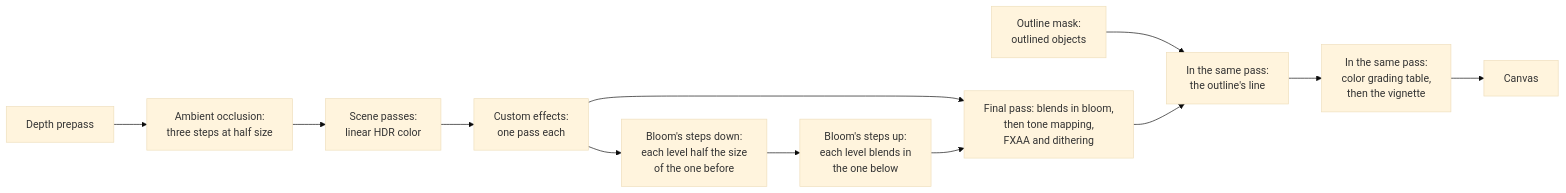
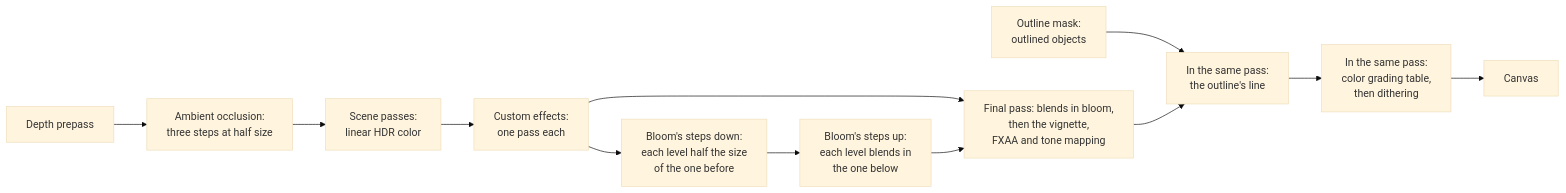
The diagram in docs/concepts/post-processing.md (null3d-engine/null3d), drawn with Mermaid (base theme) before and after one commit. The commit also changed other lines of this file and 111 other files, not shown here.

First line of the commit message:
feat(engine): move the vignette before the tone curve and dither last (#404)

````diff
--- a/docs/concepts/post-processing.md
+++ b/docs/concepts/post-processing.md
@@ -13,14 +13,14 @@
 ```mermaid
 flowchart LR
     prepass["Depth prepass"] --> ao["Ambient occlusion:<br/>three steps at half size"]
     ao --> scene
     scene["Scene passes:<br/>linear HDR color"] --> custom["Custom effects:<br/>one pass each"]
     custom --> down["Bloom's steps down:<br/>each level half the size<br/>of the one before"]
     down --> up["Bloom's steps up:<br/>each level blends in<br/>the one below"]
-    custom --> final["Final pass: blends in bloom,<br/>then tone mapping,<br/>FXAA and dithering"]
+    custom --> final["Final pass: blends in bloom,<br/>then the vignette,<br/>FXAA and tone mapping"]
     up --> final
     mask["Outline mask:<br/>outlined objects"] --> line
     final --> line["In the same pass:<br/>the outline's line"]
-    line --> grade["In the same pass:<br/>color grading table,<br/>then the vignette"]
+    line --> grade["In the same pass:<br/>color grading table,<br/>then dithering"]
     grade --> canvas["Canvas"]
 ```
````
